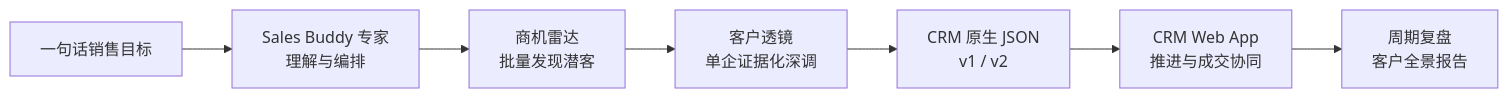
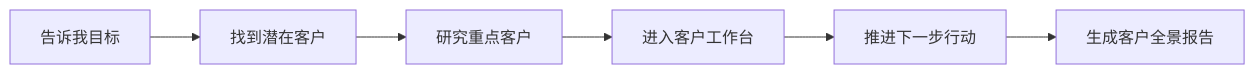
Before and after one commit to jiakezhu/ai-sales-copilot: the diagram in README.md, drawn with Mermaid. The commit also changed other lines of this file, not shown here.

````diff
--- a/README.md
+++ b/README.md
@@ -22,9 +19,8 @@
 ```mermaid
 flowchart LR
-    A["一句话销售目标"] --> B["Sales Buddy 专家\n理解与编排"]
-    B --> C["商机雷达\n批量发现潜客"]
-    C --> D["客户透镜\n单企证据化深调"]
-    D --> E["CRM 原生 JSON\nv1 / v2"]
-    E --> F["CRM Web App\n推进与成交协同"]
-    F --> G["周期复盘\n客户全景报告"]
+    A["告诉我目标"] --> B["找到潜在客户"]
+    B --> C["研究重点客户"]
+    C --> D["进入客户工作台"]
+    D --> E["推进下一步行动"]
+    E --> F["生成客户全景报告"]
 ```
````
